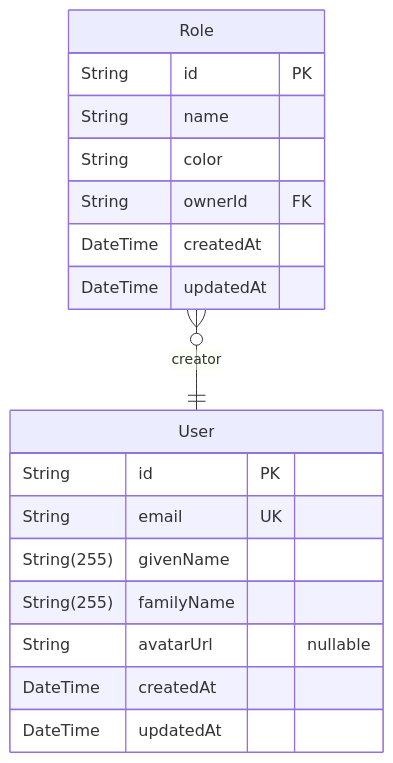
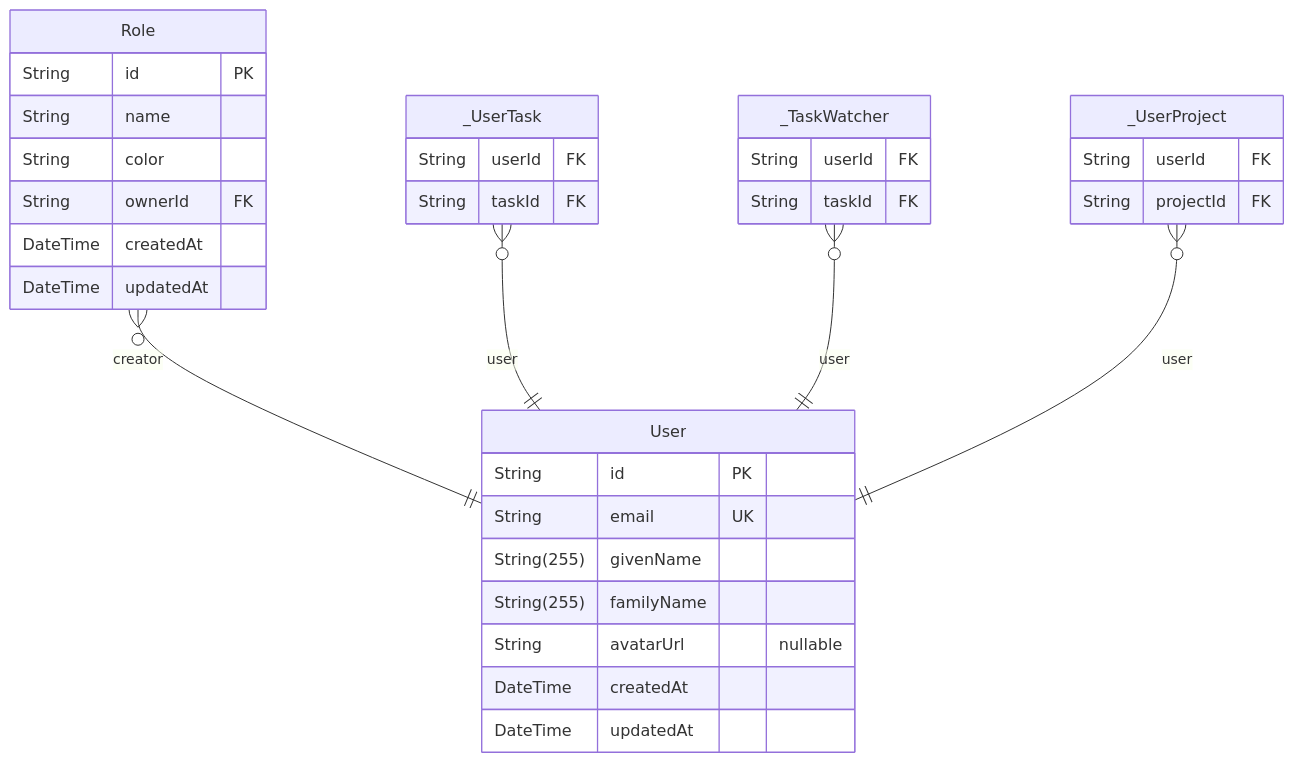
Before and after one commit to MaquestiauxLabs/demo-react-taskmanager: the fourth of 6 diagrams in docs/database-schema.md, drawn with Mermaid. The commit also changed other lines of this file and 6 other files, not shown here.

Commit message:
TASKS: Add watcher/follower support for user notifications Fixes #61

````diff
--- a/docs/database-schema.md
+++ b/docs/database-schema.md
@@ -185,21 +185,36 @@
 ```mermaid
 erDiagram
 "Role" {
   String id PK
   String name
   String color
   String ownerId FK
   DateTime createdAt
   DateTime updatedAt
 }
 "User" {
   String id PK
   String email UK
   String(255) givenName
   String(255) familyName
   String avatarUrl "nullable"
   DateTime createdAt
   DateTime updatedAt
 }
+"_UserTask" {
+  String userId FK
+  String taskId FK
+}
+"_TaskWatcher" {
+  String userId FK
+  String taskId FK
+}
+"_UserProject" {
+  String userId FK
+  String projectId FK
+}
 "Role" }o--|| "User" : creator
+"_UserTask" }o--|| "User" : user
+"_TaskWatcher" }o--|| "User" : user
+"_UserProject" }o--|| "User" : user
 ```
````
